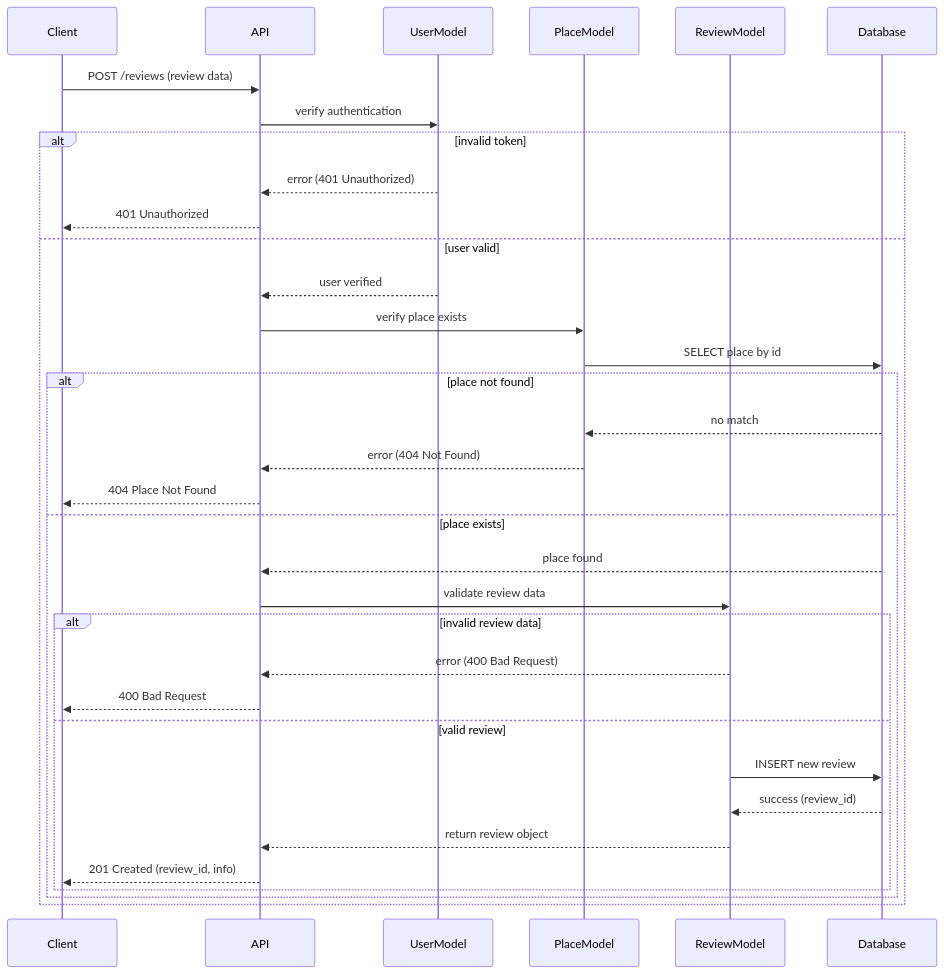
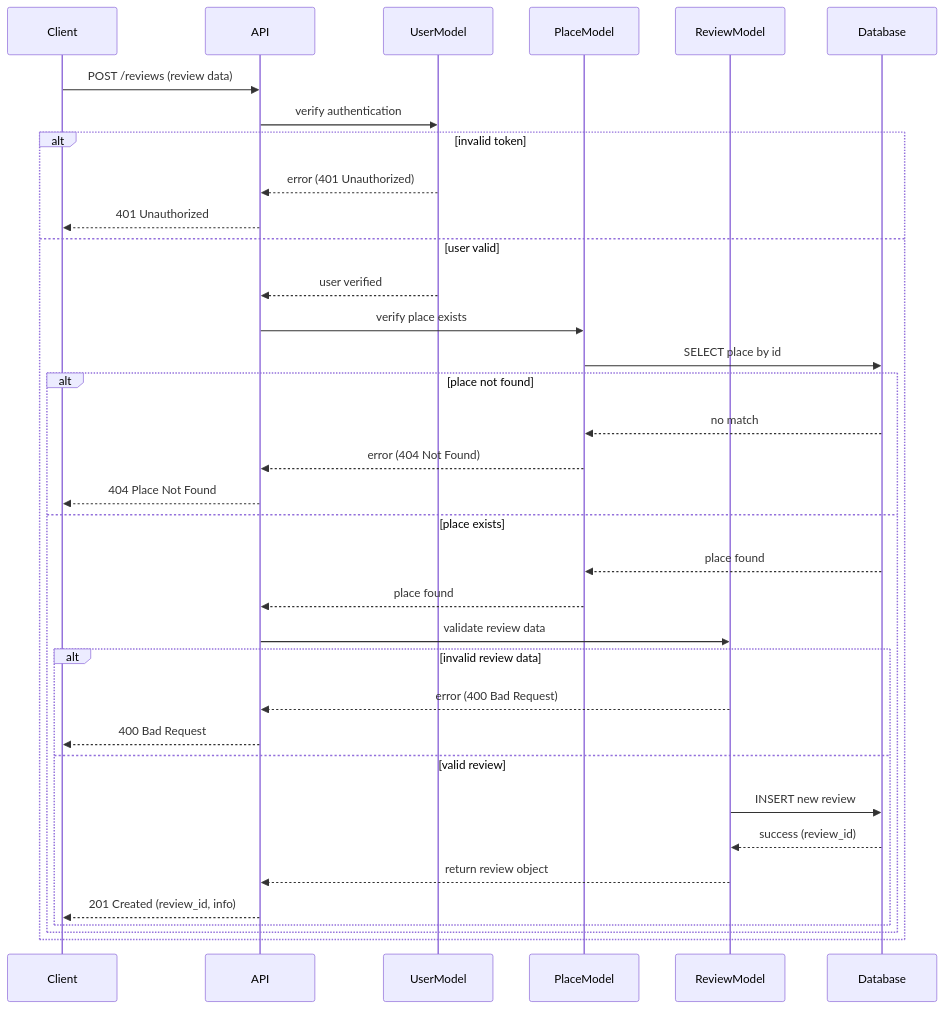
The diagram in part1/sequence_api_call_review.mmd (Krapaud/holbertonschool-hbnb), drawn with Mermaid before and after one commit. The commit also changed 2 other files, not shown here.

Commit message:
fix: correct casing in class diagram and update sequence diagram for accurate data flow

```diff
--- a/part1/sequence_api_call_review.mmd
+++ b/part1/sequence_api_call_review.mmd
@@ -1,35 +1,36 @@
 sequenceDiagram
   participant Client as Client
   participant API as API
   participant UserModel as UserModel
   participant PlaceModel as PlaceModel
   participant ReviewModel as ReviewModel
   participant Database as Database
 
   Client ->> API: POST /reviews (review data)
   API ->> UserModel: verify authentication
   alt invalid token
     UserModel -->> API: error (401 Unauthorized)
     API -->> Client: 401 Unauthorized
   else user valid
     UserModel -->> API: user verified
     API ->> PlaceModel: verify place exists
     PlaceModel ->> Database: SELECT place by id
     alt place not found
       Database -->> PlaceModel: no match
       PlaceModel -->> API: error (404 Not Found)
       API -->> Client: 404 Place Not Found
     else place exists
-      Database -->> API: place found
+      Database -->> PlaceModel: place found
+      PlaceModel -->> API: place found
       API ->> ReviewModel: validate review data
       alt invalid review data
         ReviewModel -->> API: error (400 Bad Request)
         API -->> Client: 400 Bad Request
       else valid review
         ReviewModel ->> Database: INSERT new review
         Database -->> ReviewModel: success (review_id)
         ReviewModel -->> API: return review object
         API -->> Client: 201 Created (review_id, info)
       end
     end
   end
```
